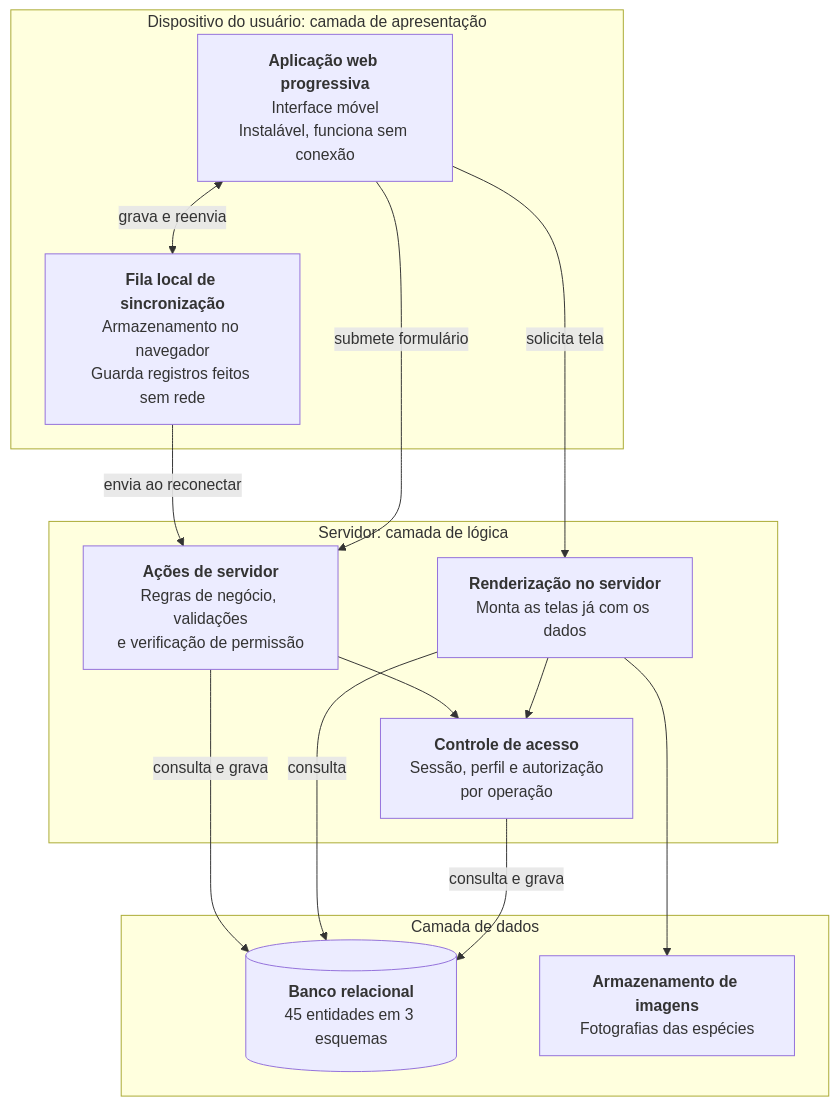
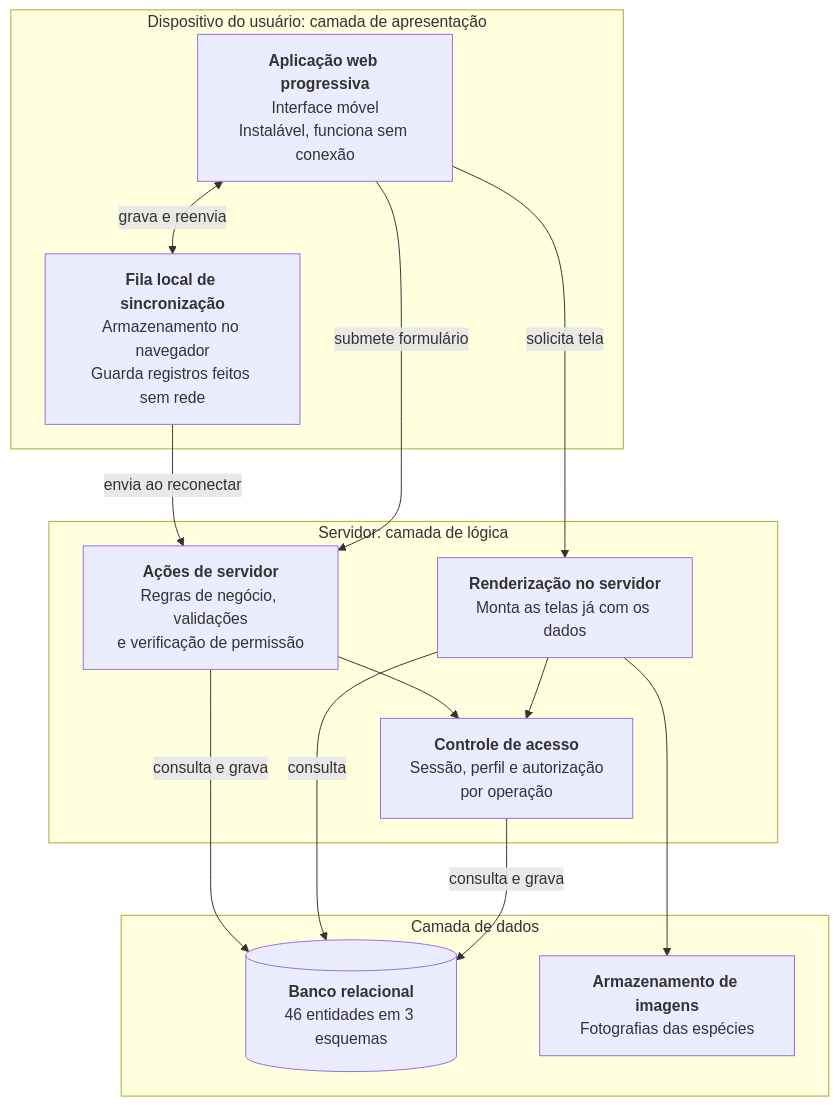
One commit to JoaoMudar/mudar changed the second of 3 diagrams in docs/engenharia/D-arquitetura/D1-arquitetura-c4.md. Above: the diagram before and after it, drawn with Mermaid. The commit also changed other lines of this file and 19 other files, not shown here.

````diff
--- a/docs/engenharia/D-arquitetura/D1-arquitetura-c4.md
+++ b/docs/engenharia/D-arquitetura/D1-arquitetura-c4.md
@@ -73,30 +73,30 @@
 ```mermaid
 graph TB
   subgraph disp["Dispositivo do usuário: camada de apresentação"]
     PWA["<b>Aplicação web progressiva</b><br/>Interface móvel<br/>Instalável, funciona sem conexão"]
     FILA["<b>Fila local de sincronização</b><br/>Armazenamento no navegador<br/>Guarda registros feitos sem rede"]
   end
 
   subgraph srv["Servidor: camada de lógica"]
     REND["<b>Renderização no servidor</b><br/>Monta as telas já com os dados"]
     ACOES["<b>Ações de servidor</b><br/>Regras de negócio, validações<br/>e verificação de permissão"]
     AUTH["<b>Controle de acesso</b><br/>Sessão, perfil e autorização<br/>por operação"]
   end
 
   subgraph dados["Camada de dados"]
-    BD[("<b>Banco relacional</b><br/>45 entidades em 3 esquemas")]
+    BD[("<b>Banco relacional</b><br/>46 entidades em 3 esquemas")]
     ARQ["<b>Armazenamento de imagens</b><br/>Fotografias das espécies"]
   end
 
   PWA -->|"solicita tela"| REND
   PWA -->|"submete formulário"| ACOES
   PWA <-->|"grava e reenvia"| FILA
   FILA -->|"envia ao reconectar"| ACOES
 
   REND --> AUTH
   ACOES --> AUTH
   AUTH -->|"consulta e grava"| BD
   REND -->|"consulta"| BD
   ACOES -->|"consulta e grava"| BD
   REND --> ARQ
 ```
````
